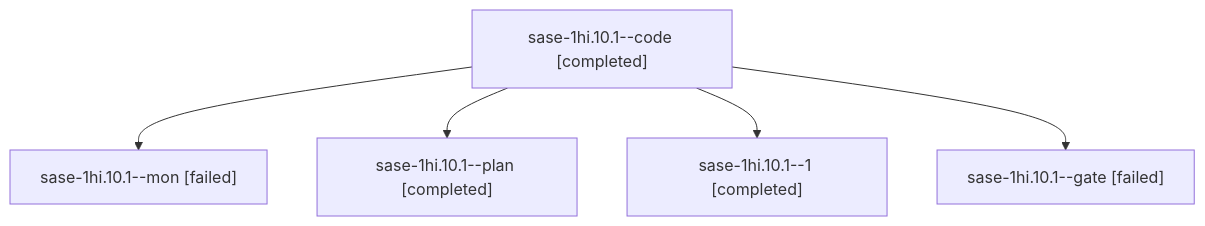
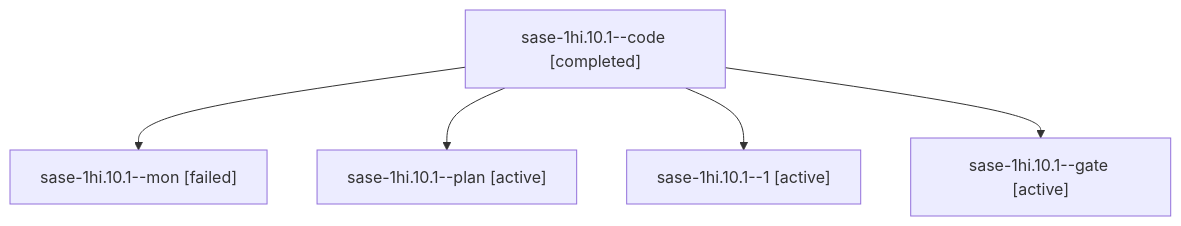
Before and after one commit to sase-org/sase--agents: the diagram in sessions/bbugyi200.apollo.sase-1hi.10.1.md, drawn with Mermaid. The commit also changed other lines of this file and 330 other files, not shown here.

````diff
--- a/sessions/bbugyi200.apollo.sase-1hi.10.1.md
+++ b/sessions/bbugyi200.apollo.sase-1hi.10.1.md
@@ -9,12 +9,12 @@
 ```mermaid
 flowchart TD
   n0["sase-1hi.10.1--code [completed]"]
   n1["sase-1hi.10.1--mon [failed]"]
   n0 --> n1
-  n2["sase-1hi.10.1--plan [completed]"]
+  n2["sase-1hi.10.1--plan [active]"]
   n0 --> n2
-  n3["sase-1hi.10.1--1 [completed]"]
+  n3["sase-1hi.10.1--1 [active]"]
   n0 --> n3
-  n4["sase-1hi.10.1--gate [failed]"]
+  n4["sase-1hi.10.1--gate [active]"]
   n0 --> n4
 ```
````
